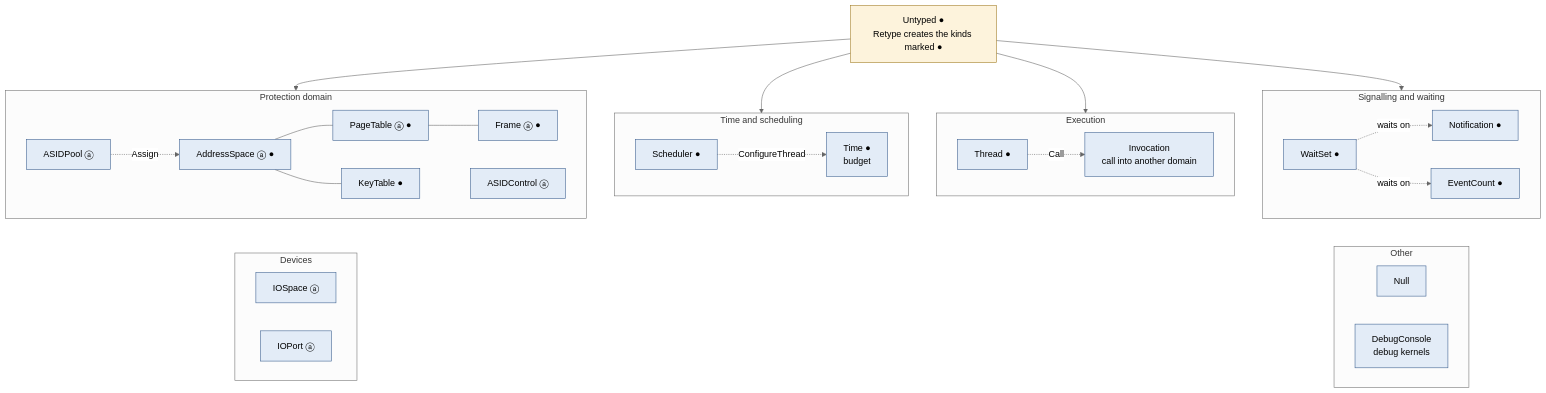
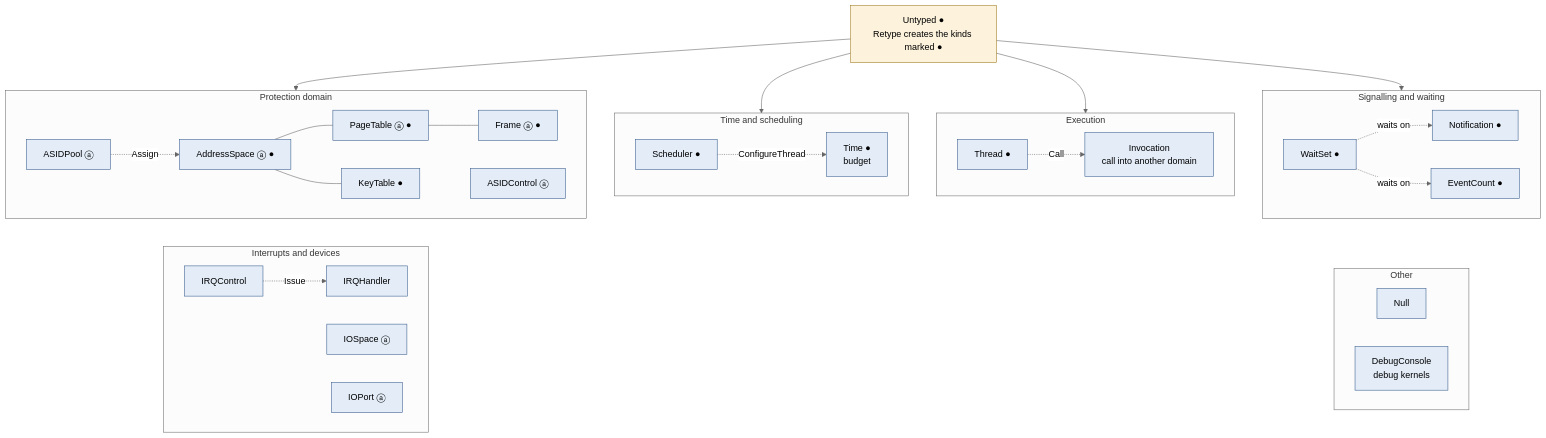
The first of 2 diagrams in doc/object_types/README.md (metta-systems/vesper), drawn with Mermaid (neutral theme) before and after one commit. The commit also changed other lines of this file and 24 other files, not shown here.

````diff
--- a/doc/object_types/README.md
+++ b/doc/object_types/README.md
@@ -50,59 +52,62 @@
 ```mermaid
 flowchart TB
     untyped["Untyped ●<br/>Retype creates the kinds marked ●"]
 
     subgraph domain["Protection domain"]
         address_space["AddressSpace ⓐ ●"]
         page_table["PageTable ⓐ ●"]
         frame["Frame ⓐ ●"]
         key_table["KeyTable ●"]
         asid_pool["ASIDPool ⓐ"]
         asid_control["ASIDControl ⓐ"]
         asid_pool -.->|Assign| address_space
         address_space --- page_table
         page_table --- frame
         address_space --- key_table
     end
 
     subgraph execution["Execution"]
         thread["Thread ●"]
         invocation["Invocation<br/>call into another domain"]
         thread -.->|Call| invocation
     end
 
     subgraph scheduling["Time and scheduling"]
         scheduler["Scheduler ●"]
         time["Time ●<br/>budget"]
         scheduler -.->|ConfigureThread| time
     end
 
     subgraph events["Signalling and waiting"]
         notification["Notification ●"]
         event_count["EventCount ●"]
         wait_set["WaitSet ●"]
         wait_set -.->|waits on| notification
         wait_set -.->|waits on| event_count
     end
 
-    subgraph devices["Devices"]
+    subgraph devices["Interrupts and devices"]
+        irq_control["IRQControl"]
+        irq_handler["IRQHandler"]
         io_space["IOSpace ⓐ"]
         io_port["IOPort ⓐ"]
+        irq_control -.->|Issue| irq_handler
     end
 
     subgraph other["Other"]
         null["Null"]
         debug_console["DebugConsole<br/>debug kernels"]
     end
 
     untyped --> domain
     untyped --> execution
     untyped --> scheduling
     untyped --> events
     domain ~~~ devices
     events ~~~ other
 
     classDef kind fill:#e3ecf7,stroke:#3b5f8f
     classDef root fill:#fdf3dc,stroke:#a07a20
     class untyped root
-    class address_space,page_table,frame,key_table,asid_pool,asid_control,thread,invocation,scheduler,time,notification,event_count,wait_set,io_space,io_port,null,debug_console kind
+    class address_space,page_table,frame,key_table,asid_pool,asid_control,thread,invocation,scheduler,time,notification,event_count,wait_set,irq_control,irq_handler,io_space,io_port,null,debug_console kind
 ```
````
